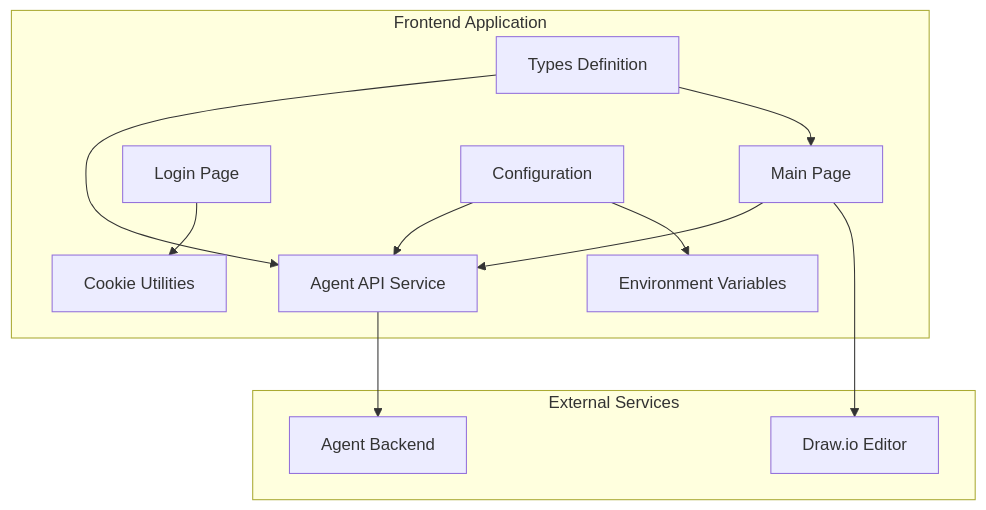
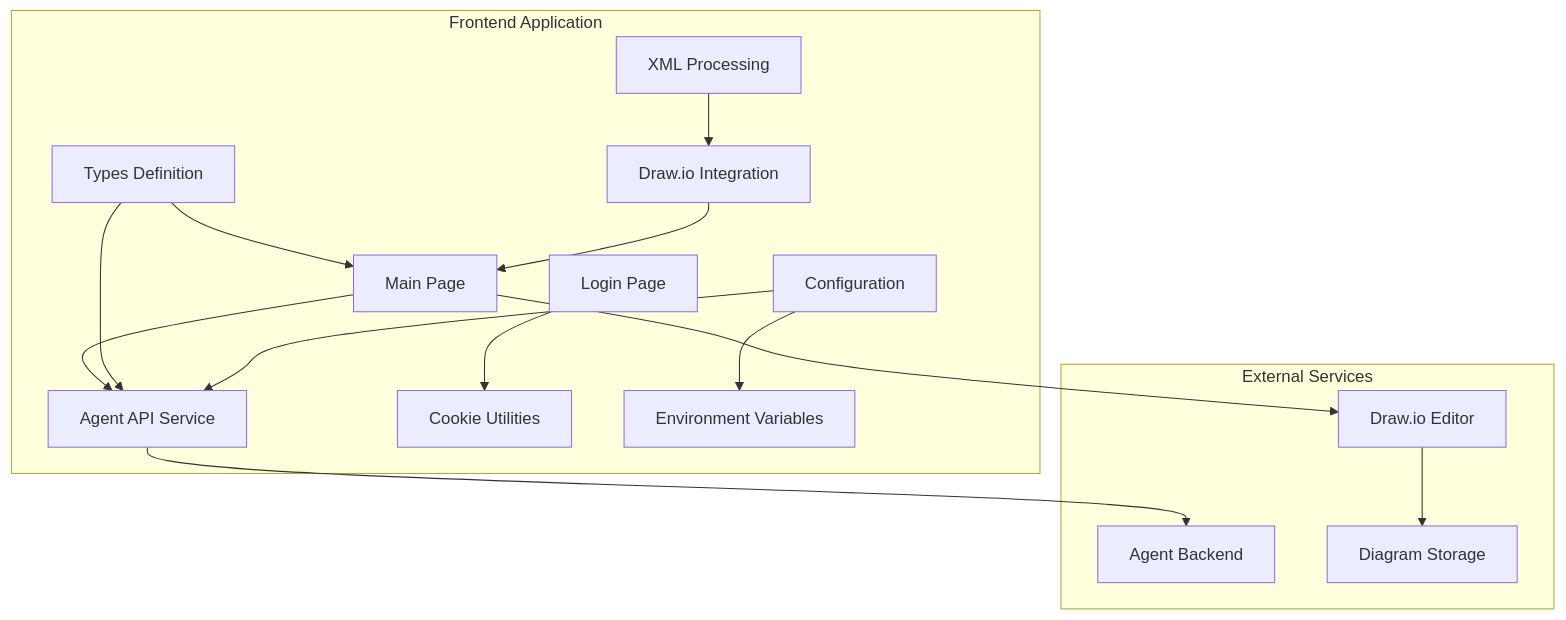
The first of 3 diagrams in .qoder/repowiki/en/content/API Reference.md (shrekboss/agent-draw-io-front), drawn with Mermaid before and after one commit. The commit also changed other lines of this file and 13 other files, not shown here.

Commit message:
feat(agent-draw-io-front): 优化交互式画图

````diff
--- a/.qoder/repowiki/en/content/API Reference.md
+++ b/.qoder/repowiki/en/content/API Reference.md
@@ -38,17 +50,21 @@
 ```mermaid
 graph TB
 subgraph "Frontend Application"
 A[Main Page] --> B[Agent API Service]
 C[Login Page] --> D[Cookie Utilities]
 E[Types Definition] --> B
 E --> A
 F[Configuration] --> B
 F --> G[Environment Variables]
+H[Draw.io Integration] --> A
+I[XML Processing] --> H
 end
 subgraph "External Services"
-H[Agent Backend]
-I[Draw.io Editor]
+J[Agent Backend]
+K[Draw.io Editor]
+L[Diagram Storage]
 end
-B --> H
-A --> I
+B --> J
+A --> K
+K --> L
 ```
````
